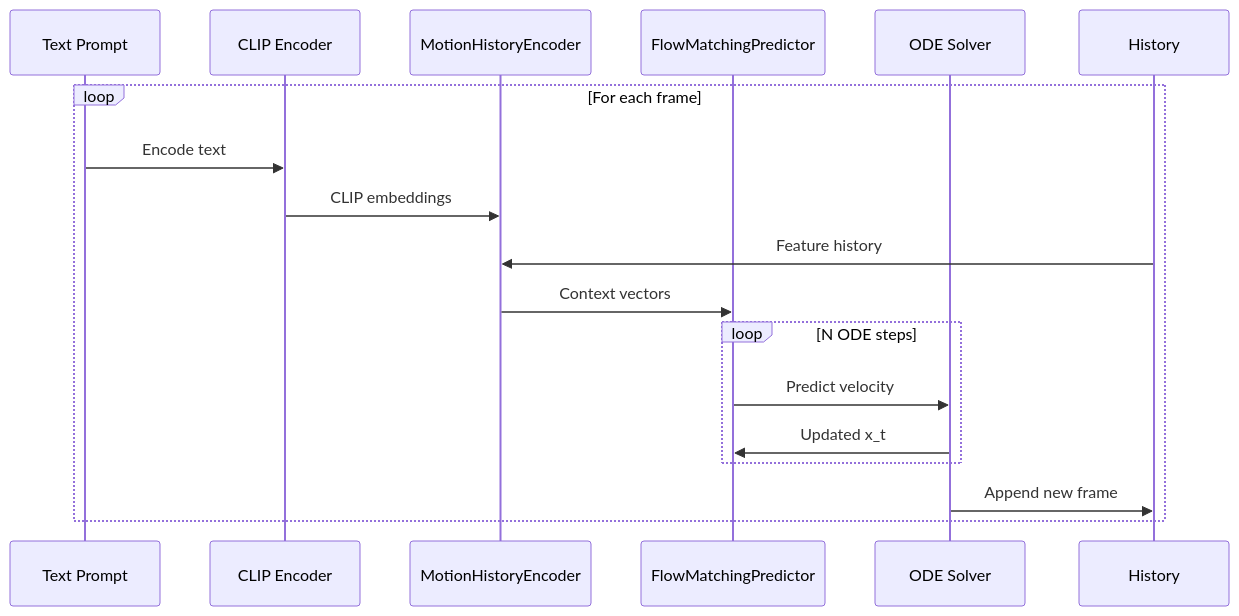
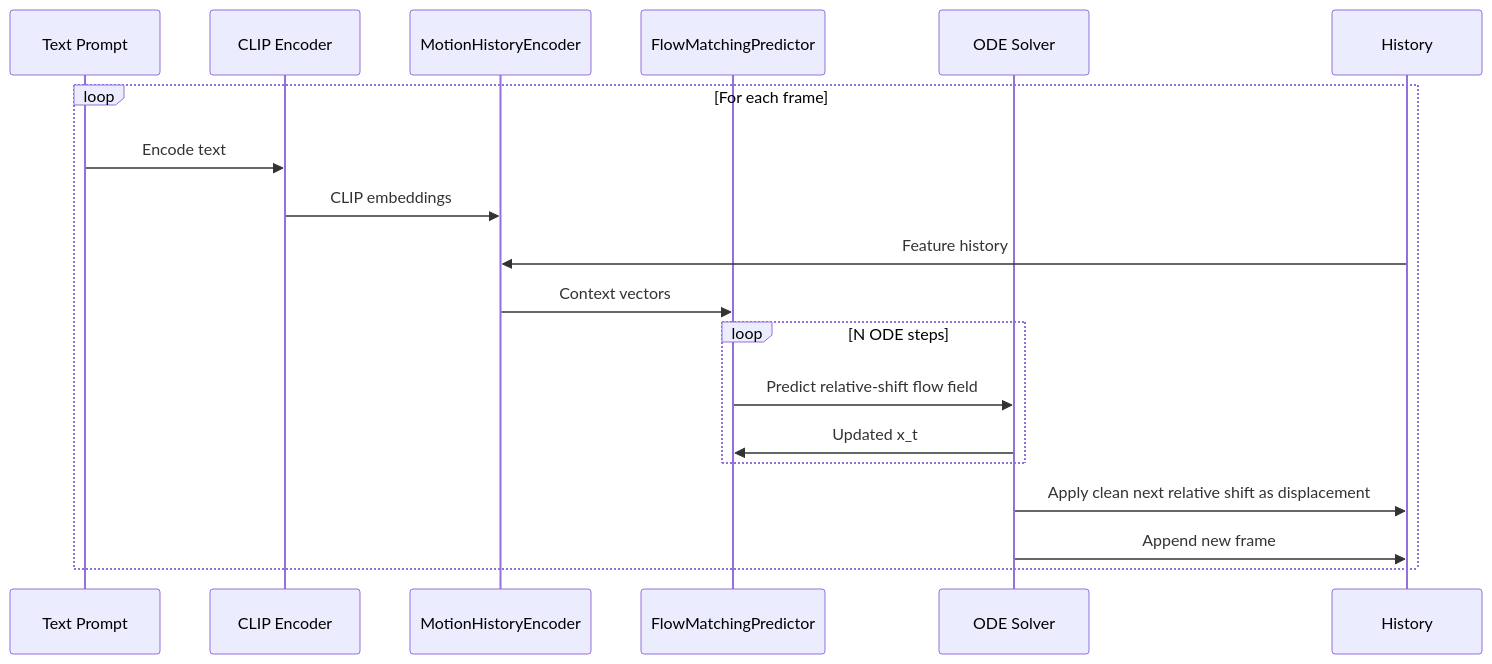
Before and after one commit to Mumu-kun/CSE330-Project-3D-Motion-Generation: the second of 2 diagrams in docs/high_level_design.md, drawn with Mermaid. The commit also changed other lines of this file and 20 other files, not shown here.

Commit message:
transplanting new flowmatchingpredictor

````diff
--- a/docs/high_level_design.md
+++ b/docs/high_level_design.md
@@ -396,20 +359,21 @@
 ```mermaid
 sequenceDiagram
     participant Text as Text Prompt
     participant CLIP as CLIP Encoder
     participant MHE as MotionHistoryEncoder
     participant FMP as FlowMatchingPredictor
     participant ODE as ODE Solver
     
     loop For each frame
         Text->>CLIP: Encode text
         CLIP->>MHE: CLIP embeddings
         History->>MHE: Feature history
         MHE->>FMP: Context vectors
         loop N ODE steps
-            FMP->>ODE: Predict velocity
+            FMP->>ODE: Predict relative-shift flow field
             ODE->>FMP: Updated x_t
         end
+        ODE->>History: Apply clean next relative shift as displacement
         ODE->>History: Append new frame
     end
 ```
````
